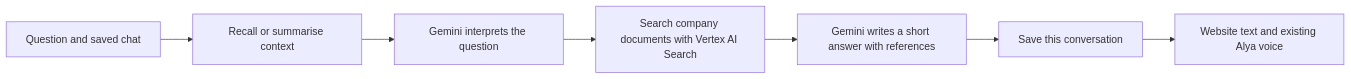
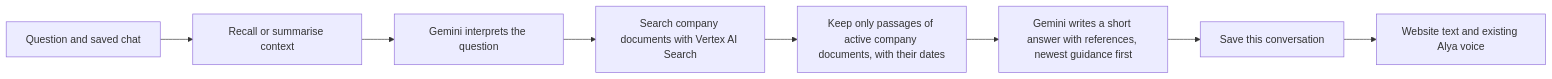
One commit to UniVRse-Interactive/univrse-onboardai changed the diagram in docs/chat-and-memory.md. Above: the diagram before and after it, drawn with Mermaid. The commit also changed other lines of this file and 116 other files, not shown here.

````diff
--- a/docs/chat-and-memory.md
+++ b/docs/chat-and-memory.md
@@ -7,9 +7,10 @@
 ```mermaid
 flowchart LR
   Q[Question and saved chat] --> M[Recall or summarise context]
   M --> I[Gemini interprets the question]
   I --> R[Search company documents with Vertex AI Search]
-  R --> A[Gemini writes a short answer with references]
+  R --> F[Keep only passages of active company documents, with their dates]
+  F --> A[Gemini writes a short answer with references, newest guidance first]
   A --> S[Save this conversation]
   S --> W[Website text and existing Alya voice]
 ```
````
